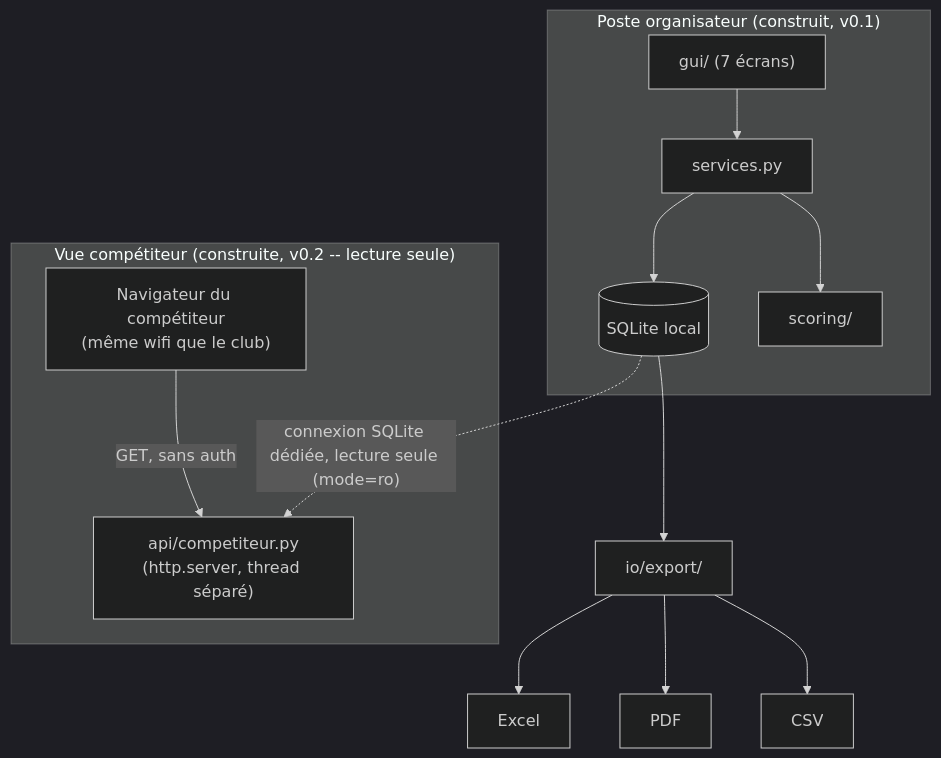
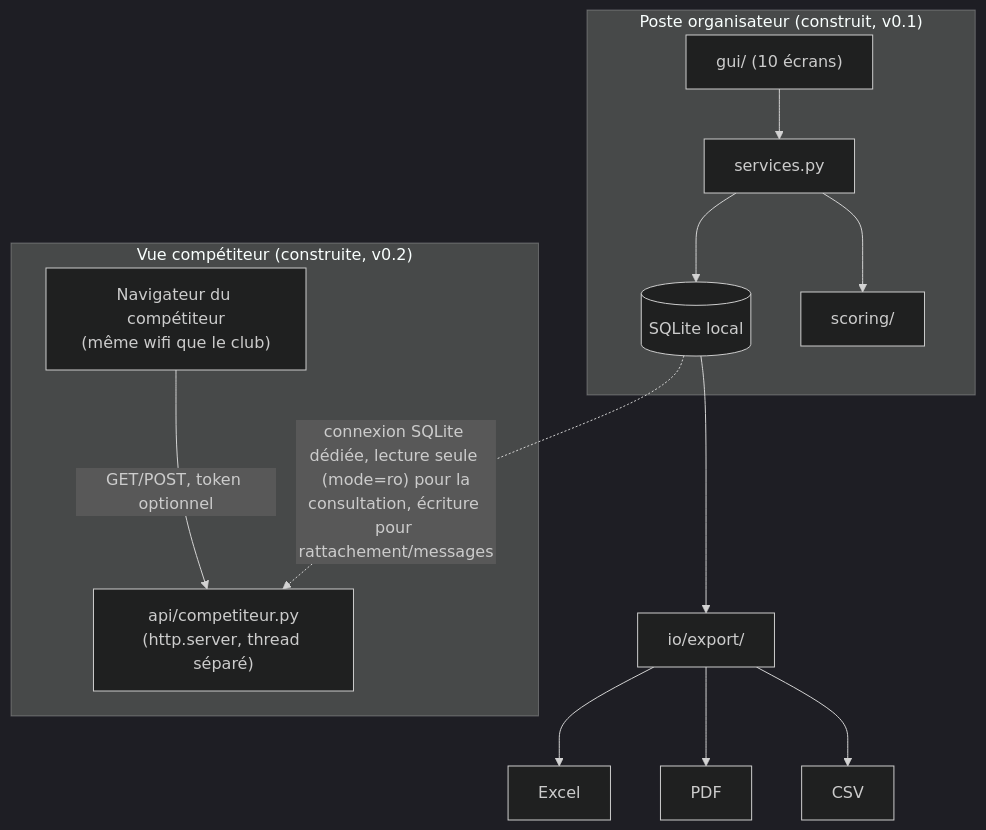
Before and after one commit to MrFanghoDev/fletchscore: the diagram in docs/cahier-des-charges/architecture.rst, drawn with Mermaid (dark theme). The commit also changed other lines of this file and 8 other files, not shown here.

```diff
--- a/docs/cahier-des-charges/architecture.rst
+++ b/docs/cahier-des-charges/architecture.rst
@@ -55,25 +55,25 @@
 .. mermaid::
 
    flowchart TB
        subgraph "Poste organisateur (construit, v0.1)"
-           GUI["gui/ (7 écrans)"]
+           GUI["gui/ (10 écrans)"]
            SERVICES[services.py]
            DB[(SQLite local)]
            SCORING[scoring/]
            GUI --> SERVICES
            SERVICES --> SCORING
            SERVICES --> DB
        end
 
        DB --> EXPORT["io/export/"]
        EXPORT --> XLSX[Excel]
        EXPORT --> PDF[PDF]
        EXPORT --> CSV[CSV]
 
-       subgraph "Vue compétiteur (construite, v0.2 -- lecture seule)"
+       subgraph "Vue compétiteur (construite, v0.2)"
            WEB["api/competiteur.py\n(http.server, thread séparé)"]
            NAVIGATEUR["Navigateur du compétiteur\n(même wifi que le club)"]
-           NAVIGATEUR -->|GET, sans auth| WEB
+           NAVIGATEUR -->|GET/POST, token optionnel| WEB
        end
 
-       DB -.connexion SQLite dédiée, lecture seule (mode=ro).-> WEB
+       DB -.connexion SQLite dédiée, lecture seule (mode=ro) pour la\nconsultation, écriture pour rattachement/messages.-> WEB
```
